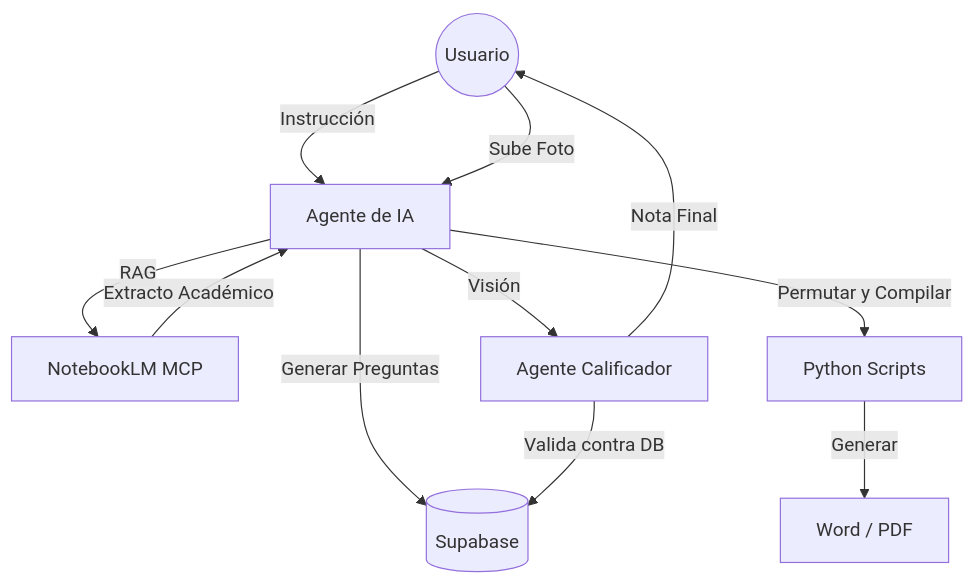
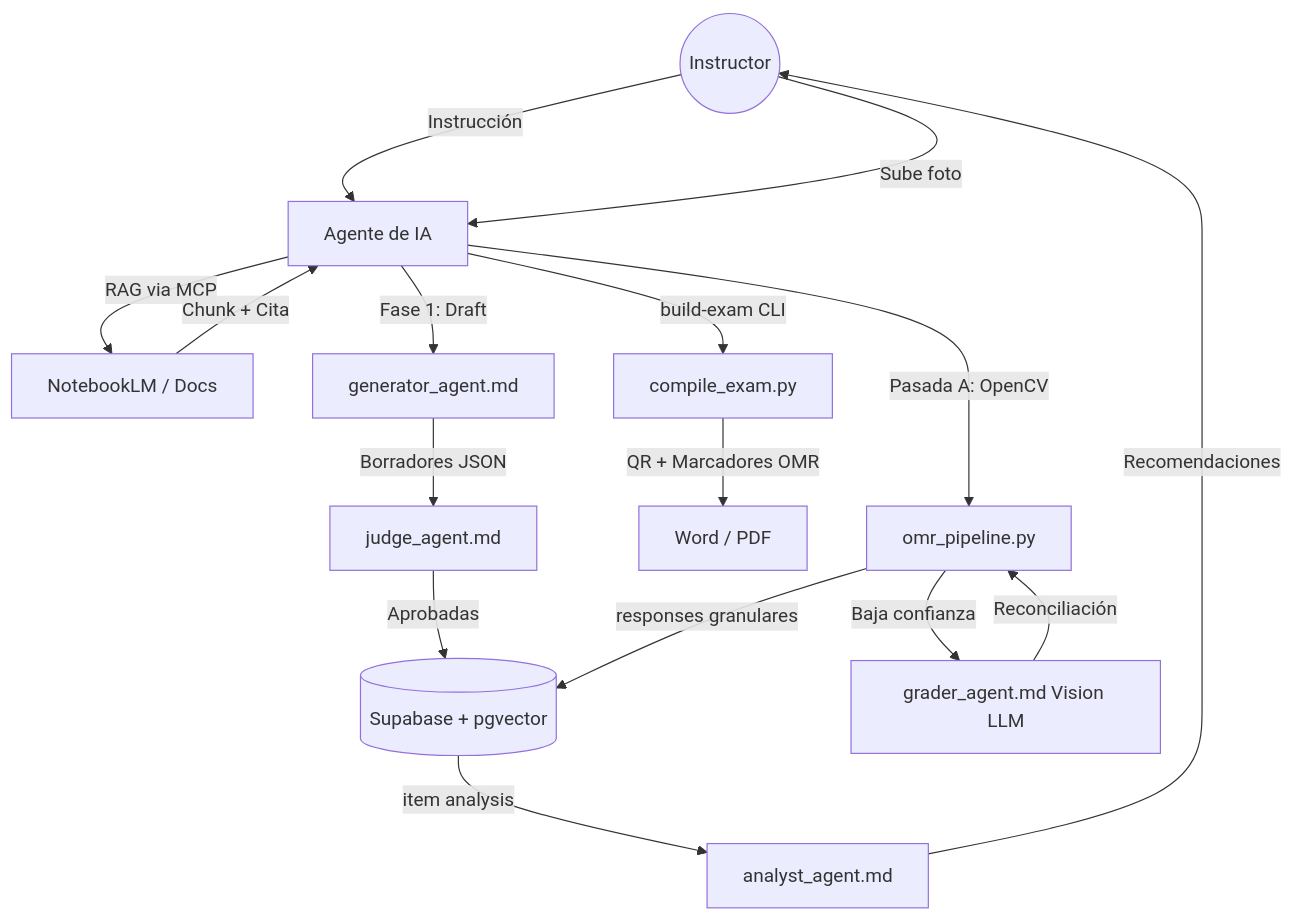
The diagram in README.md (Pablo-Cubides/Generador_parciales), drawn with Mermaid before and after one commit. The commit also changed other lines of this file and 23 other files, not shown here.

First line of the commit message:
feat: revisión completa v2 — seguridad, OMR híbrido, pipeline 3 fases, CLI

````diff
--- a/README.md
+++ b/README.md
@@ -13,13 +11,18 @@
 ```mermaid
 graph TD
-    User((Usuario)) -->|Instrucción| Agent[Agente de IA]
-    Agent -->|RAG| NotebookLM[NotebookLM MCP]
-    NotebookLM -->|Extracto Académico| Agent
-    Agent -->|Generar Preguntas| DB[(Supabase)]
-    Agent -->|Permutar y Compilar| Script[Python Scripts]
-    Script -->|Generar| Docx[Word / PDF]
-    User -->|Sube Foto| Agent
-    Agent -->|Visión| Grader[Agente Calificador]
-    Grader -->|Valida contra DB| DB
-    Grader -->|Nota Final| User
+    User((Instructor)) -->|Instrucción| Agent[Agente de IA]
+    Agent -->|RAG via MCP| NotebookLM[NotebookLM / Docs]
+    NotebookLM -->|Chunk + Cita| Agent
+    Agent -->|Fase 1: Draft| Gen[generator_agent.md]
+    Gen -->|Borradores JSON| Judge[judge_agent.md]
+    Judge -->|Aprobadas| DB[(Supabase + pgvector)]
+    Agent -->|build-exam CLI| Script[compile_exam.py]
+    Script -->|QR + Marcadores OMR| Docx[Word / PDF]
+    User -->|Sube foto| Agent
+    Agent -->|Pasada A: OpenCV| OMR[omr_pipeline.py]
+    OMR -->|Baja confianza| Vision[grader_agent.md Vision LLM]
+    Vision -->|Reconciliación| OMR
+    OMR -->|responses granulares| DB
+    DB -->|item analysis| Analyst[analyst_agent.md]
+    Analyst -->|Recomendaciones| User
 ```
````
